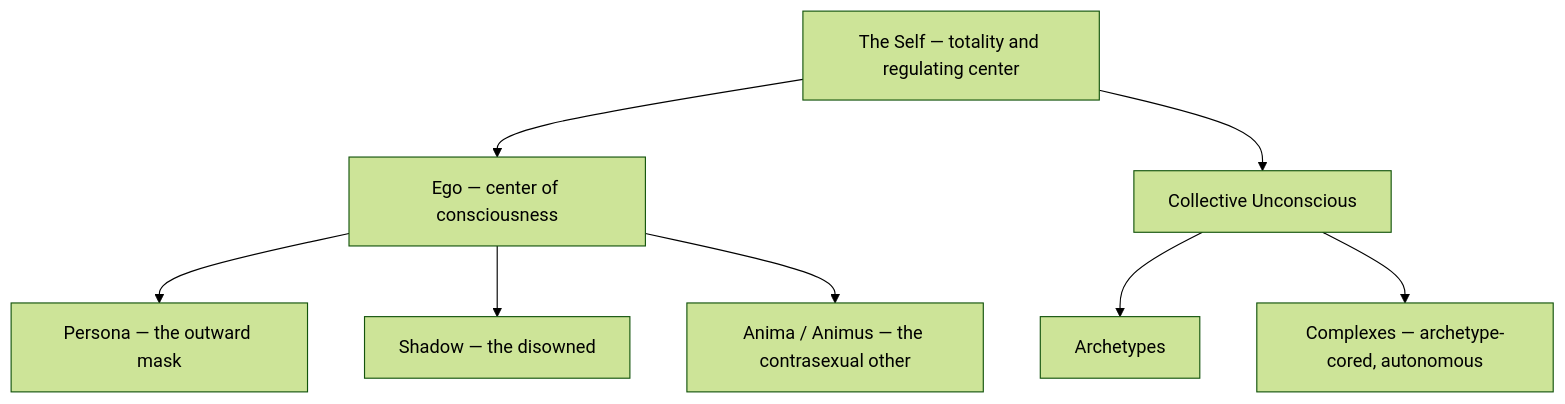
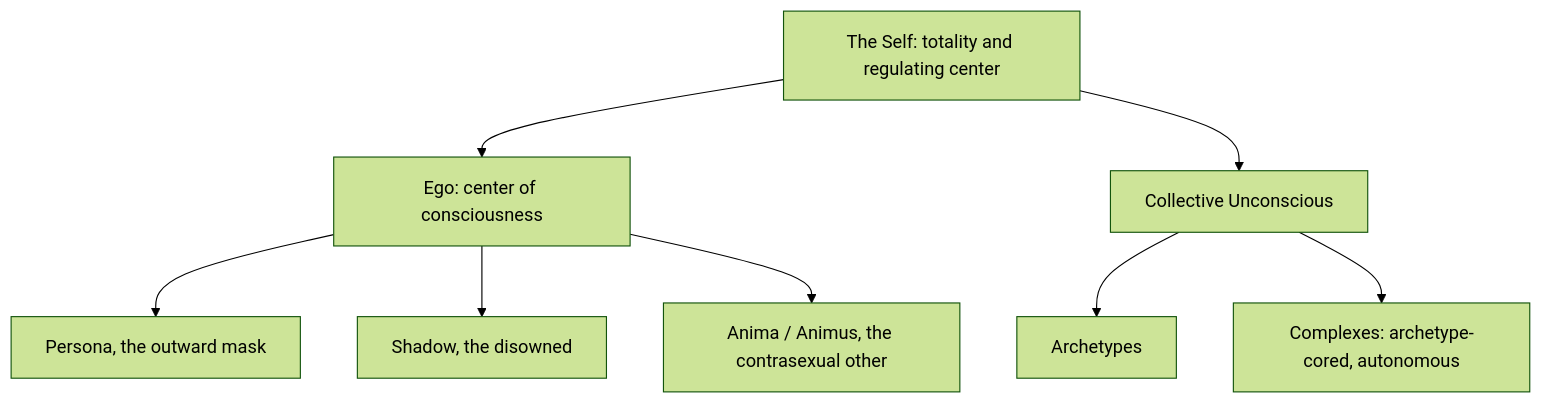
The diagram in data/knowledge/psychology/jungian/index.md (kennethreitz/kennethreitz.org), drawn with Mermaid (forest theme) before and after one commit. The commit also changed other lines of this file and 879 other files, not shown here.

````diff
--- a/data/knowledge/psychology/jungian/index.md
+++ b/data/knowledge/psychology/jungian/index.md
@@ -23,11 +23,11 @@
 ```mermaid
 flowchart TD
-    S["The Self — totality and regulating center"]
-    S --> E["Ego — center of consciousness"]
-    E --> P["Persona — the outward mask"]
-    E --> Sh["Shadow — the disowned"]
-    E --> A["Anima / Animus — the contrasexual other"]
+    S["The Self: totality and regulating center"]
+    S --> E["Ego: center of consciousness"]
+    E --> P["Persona, the outward mask"]
+    E --> Sh["Shadow, the disowned"]
+    E --> A["Anima / Animus, the contrasexual other"]
     S --> CU["Collective Unconscious"]
     CU --> Ar["Archetypes"]
-    CU --> Cx["Complexes — archetype-cored, autonomous"]
+    CU --> Cx["Complexes: archetype-cored, autonomous"]
 ```
````
